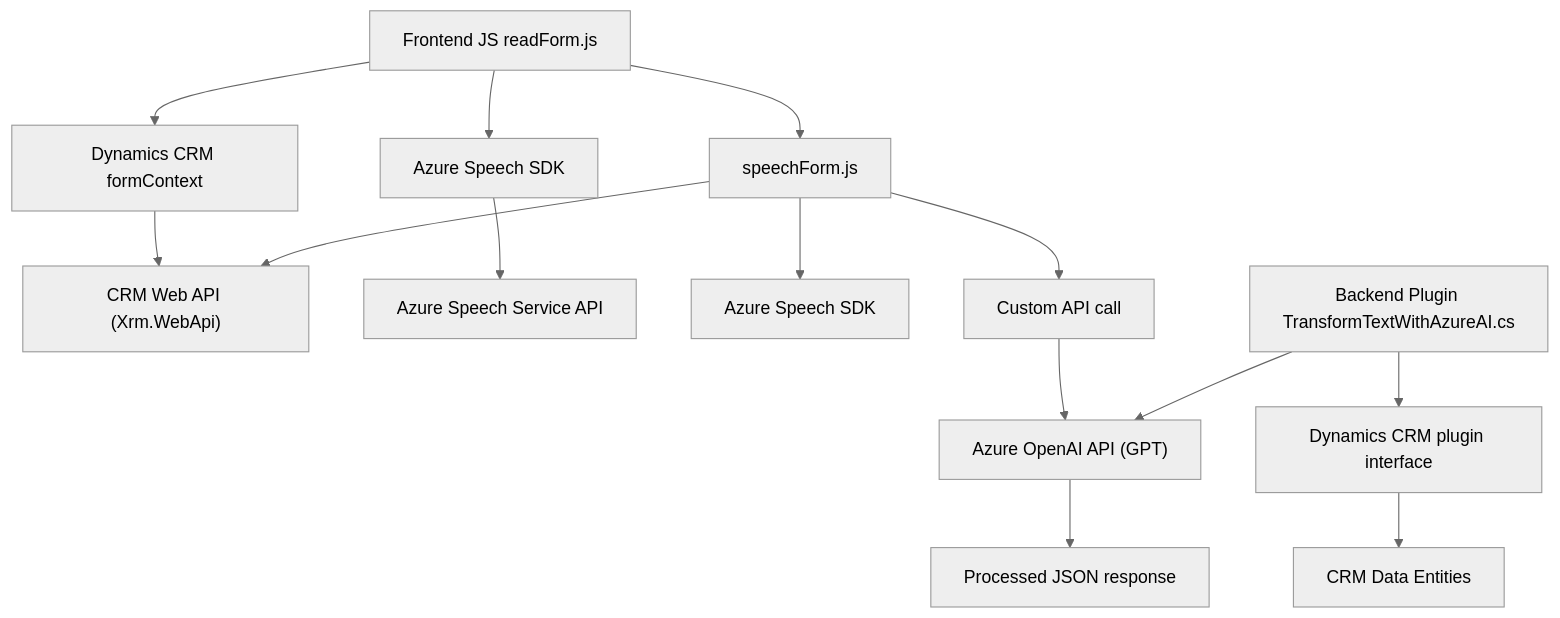
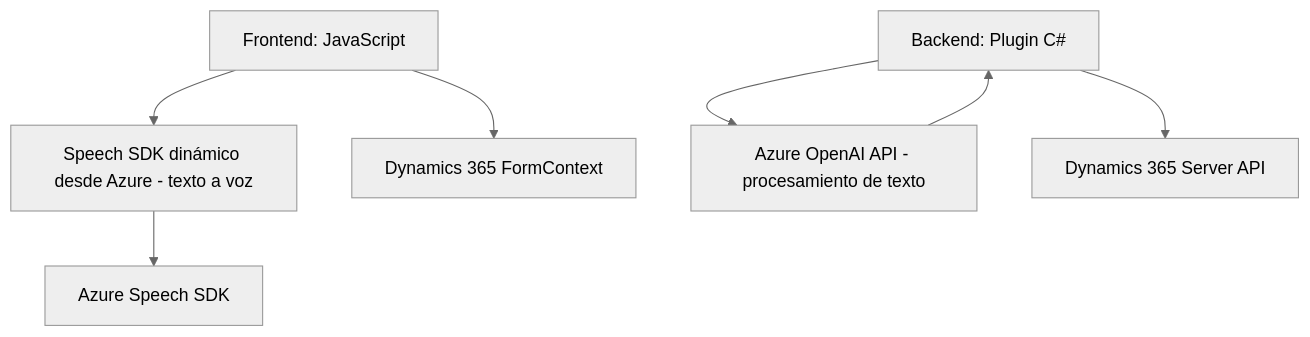
One commit to blopezdm/NETCORE_BILBAO2025 changed the diagram in README.md. Above: the diagram before and after it, drawn with Mermaid (neutral theme). The commit also changed other lines of this file, not shown here.

````diff
--- a/README.md
+++ b/README.md
@@ -60,16 +40,17 @@
 ```mermaid
 graph TD
-    A["Frontend JS readForm.js"] --> B["Azure Speech SDK"]
-    A --> C["Dynamics CRM formContext"]
-    C --> D["CRM Web API (Xrm.WebApi)"]
-    B --> E["Azure Speech Service API"]
-    A --> F["speechForm.js"]
-    F --> G["Azure Speech SDK"]
-    F --> D
-    F --> H["Custom API call"]
-    H --> I["Azure OpenAI API (GPT)"]
-    I --> J["Processed JSON response"]
-    K["Backend Plugin TransformTextWithAzureAI.cs"] --> L["Dynamics CRM plugin interface"]
-    K --> I
-    L --> M["CRM Data Entities"]
+  A["Frontend: JavaScript"]
+  B["Speech SDK dinámico desde Azure - texto a voz"]
+  C["Azure Speech SDK"]
+  D["Dynamics 365 FormContext"]
+  E["Backend: Plugin C#"]
+  F["Azure OpenAI API - procesamiento de texto"]
+  G["Dynamics 365 Server API"]
+
+  A --> B
+  B --> C
+  A --> D
+  E --> F
+  E --> G
+  F --> E
 ```
````
